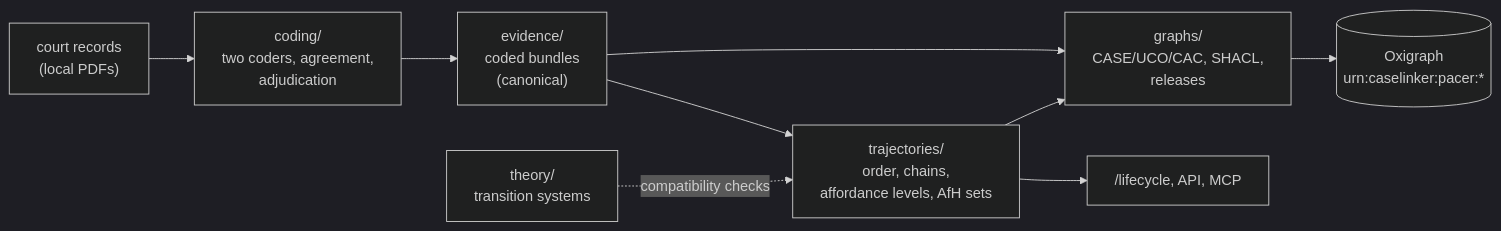
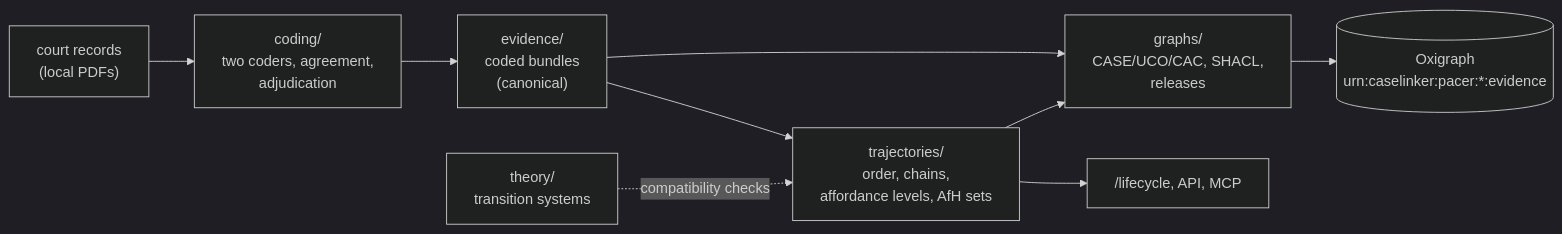
The diagram in state_machines/README.md (mrinaalr/CaseLinker), drawn with Mermaid (dark theme) before and after one commit. The commit also changed 34 other files, not shown here.

Commit message:
add pacer-pilot-v0 release with evidence and trajectory graphs; select graph kinds on load and refuse unadjudicated releases

````diff
--- a/state_machines/README.md
+++ b/state_machines/README.md
@@ -17,11 +17,11 @@
 ```mermaid
 flowchart LR
   pdf["court records<br/>(local PDFs)"] --> coding["coding/<br/>two coders, agreement,<br/>adjudication"]
   coding --> evidence["evidence/<br/>coded bundles<br/>(canonical)"]
   evidence --> traj["trajectories/<br/>order, chains,<br/>affordance levels, AfH sets"]
   evidence --> graphs["graphs/<br/>CASE/UCO/CAC, SHACL,<br/>releases"]
   traj --> graphs
-  graphs --> ox[("Oxigraph<br/>urn:caselinker:pacer:*")]
+  graphs --> ox[("Oxigraph<br/>urn:caselinker:pacer:*:evidence")]
   traj --> ui["/lifecycle, API, MCP"]
   theory["theory/<br/>transition systems"] -. "compatibility checks" .-> traj
 ```
````
